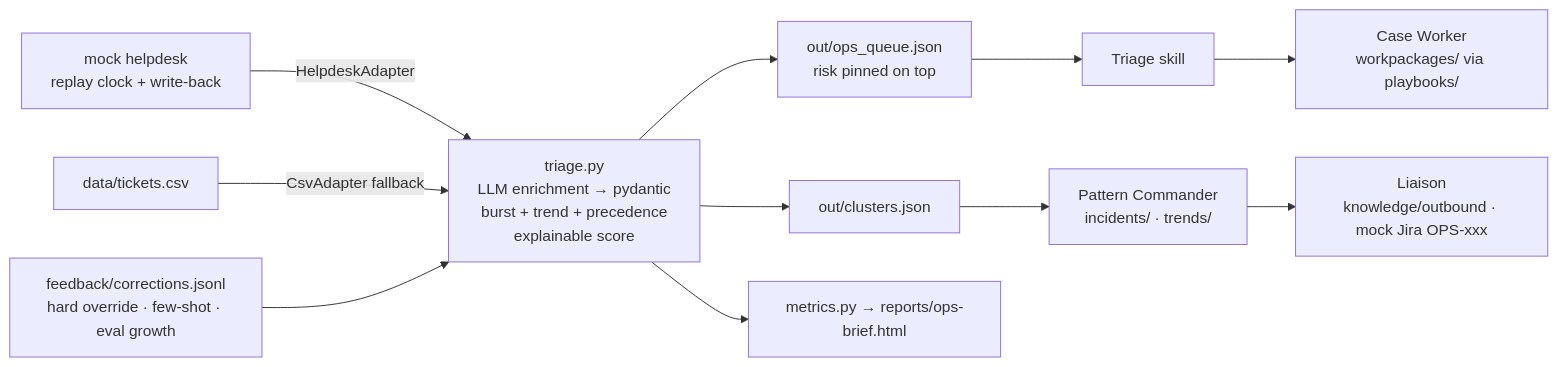
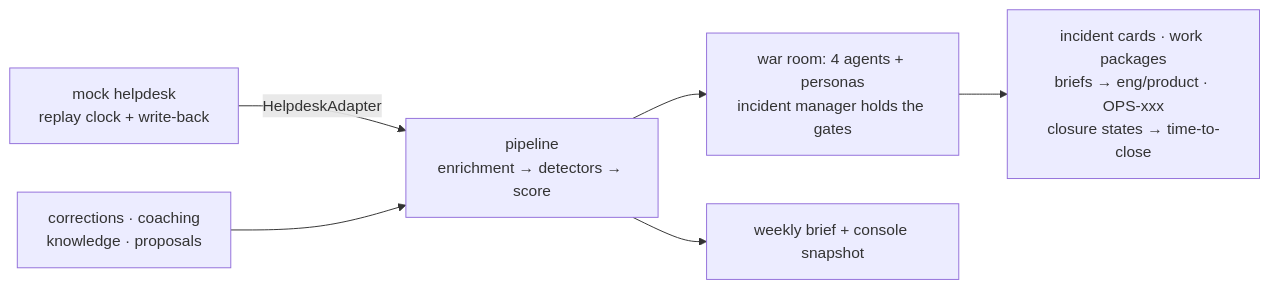
One commit to web3yaso/fintech-ops changed the diagram in README.md. Above: the diagram before and after it, drawn with Mermaid. The commit also changed other lines of this file, not shown here.

````diff
--- a/README.md
+++ b/README.md
@@ -33,13 +43,8 @@
 ```mermaid
 flowchart LR
-  HD[mock helpdesk\nreplay clock + write-back] -->|HelpdeskAdapter| P[triage.py\nLLM enrichment → pydantic\nburst + trend + precedence\nexplainable score]
-  CSV[data/tickets.csv] -->|CsvAdapter fallback| P
-  FB[feedback/corrections.jsonl\nhard override · few-shot · eval growth] --> P
-  P --> Q[out/ops_queue.json\nrisk pinned on top]
-  P --> C[out/clusters.json]
-  Q --> T[Triage skill]
-  C --> PC[Pattern Commander\nincidents/ · trends/]
-  T --> CW[Case Worker\nworkpackages/ via playbooks/]
-  PC --> L[Liaison\nknowledge/outbound · mock Jira OPS-xxx]
-  P --> M[metrics.py → reports/ops-brief.html]
+  HD[mock helpdesk\nreplay clock + write-back] -->|HelpdeskAdapter| P[pipeline\nenrichment → detectors → score]
+  FB[corrections · coaching\nknowledge · proposals] --> P
+  P --> WR[war room: 4 agents + personas\nincident manager holds the gates]
+  WR --> OUT[incident cards · work packages\nbriefs → eng/product · OPS-xxx\nclosure states → time-to-close]
+  P --> M[weekly brief + console snapshot]
 ```
````
